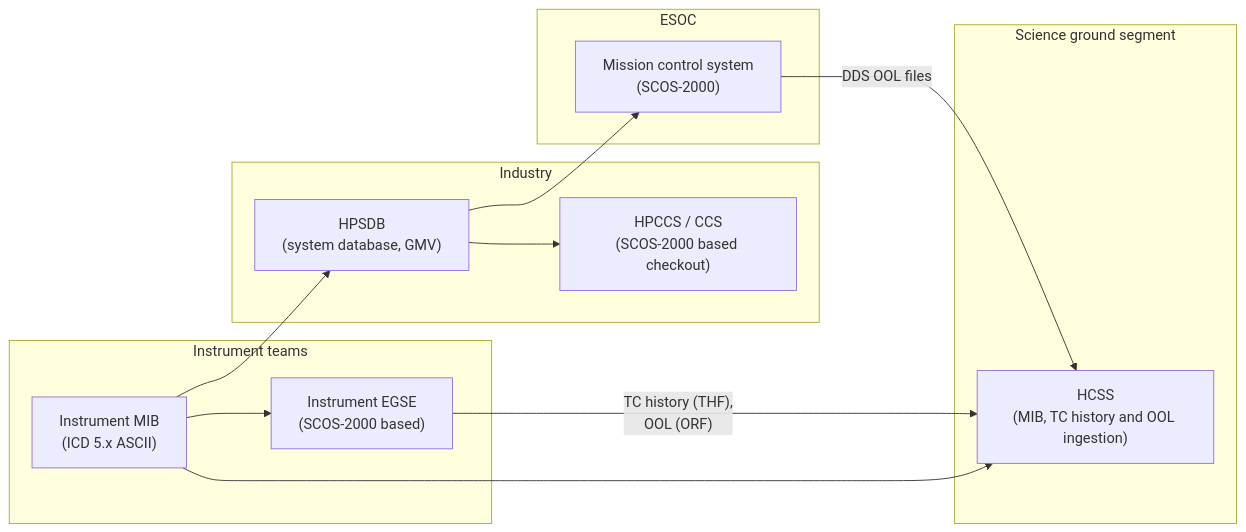
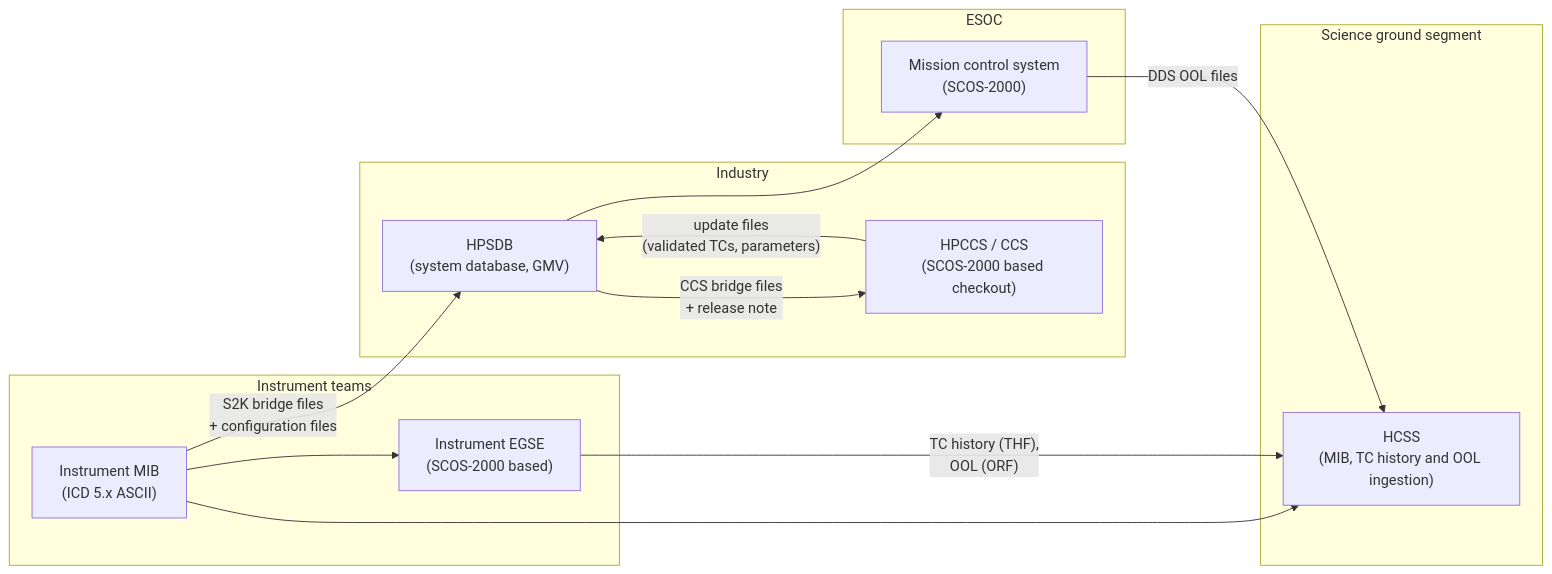
Before and after one commit to feiteira/OPEN-SPACE-INFO: the second of 4 diagrams in docs/scos2000/herschel-planck-ground.md, drawn with Mermaid. The commit also changed other lines of this file and 1311 other files, not shown here.

````diff
--- a/docs/scos2000/herschel-planck-ground.md
+++ b/docs/scos2000/herschel-planck-ground.md
@@ -78,24 +97,25 @@
 ```mermaid
 flowchart LR
   subgraph INS["Instrument teams"]
     IM["Instrument MIB<br/>(ICD 5.x ASCII)"]
     IE["Instrument EGSE<br/>(SCOS-2000 based)"]
   end
   subgraph IND["Industry"]
     HP["HPSDB<br/>(system database, GMV)"]
     CCS["HPCCS / CCS<br/>(SCOS-2000 based checkout)"]
   end
   subgraph ESOC["ESOC"]
     MCS["Mission control system<br/>(SCOS-2000)"]
   end
   subgraph HSC["Science ground segment"]
     HCSS["HCSS<br/>(MIB, TC history and OOL ingestion)"]
   end
+  IM -->|"S2K bridge files<br/>+ configuration files"| HP
   IM --> IE
-  IM --> HP
-  HP --> CCS
+  HP -->|"CCS bridge files<br/>+ release note"| CCS
+  CCS -->|"update files<br/>(validated TCs, parameters)"| HP
   HP --> MCS
   IM --> HCSS
   IE -->|"TC history (THF),<br/>OOL (ORF)"| HCSS
   MCS -->|"DDS OOL files"| HCSS
 ```
````
